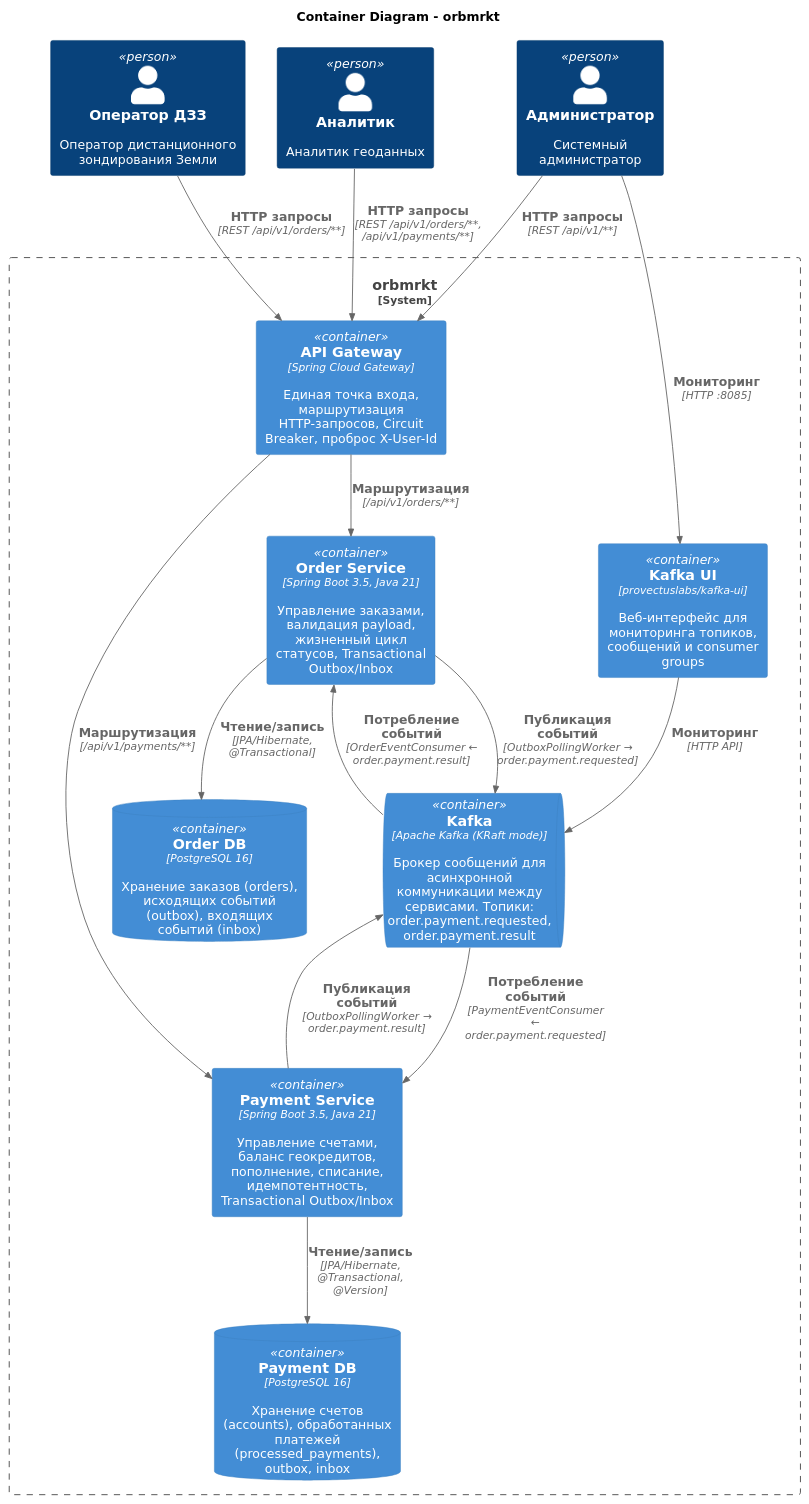
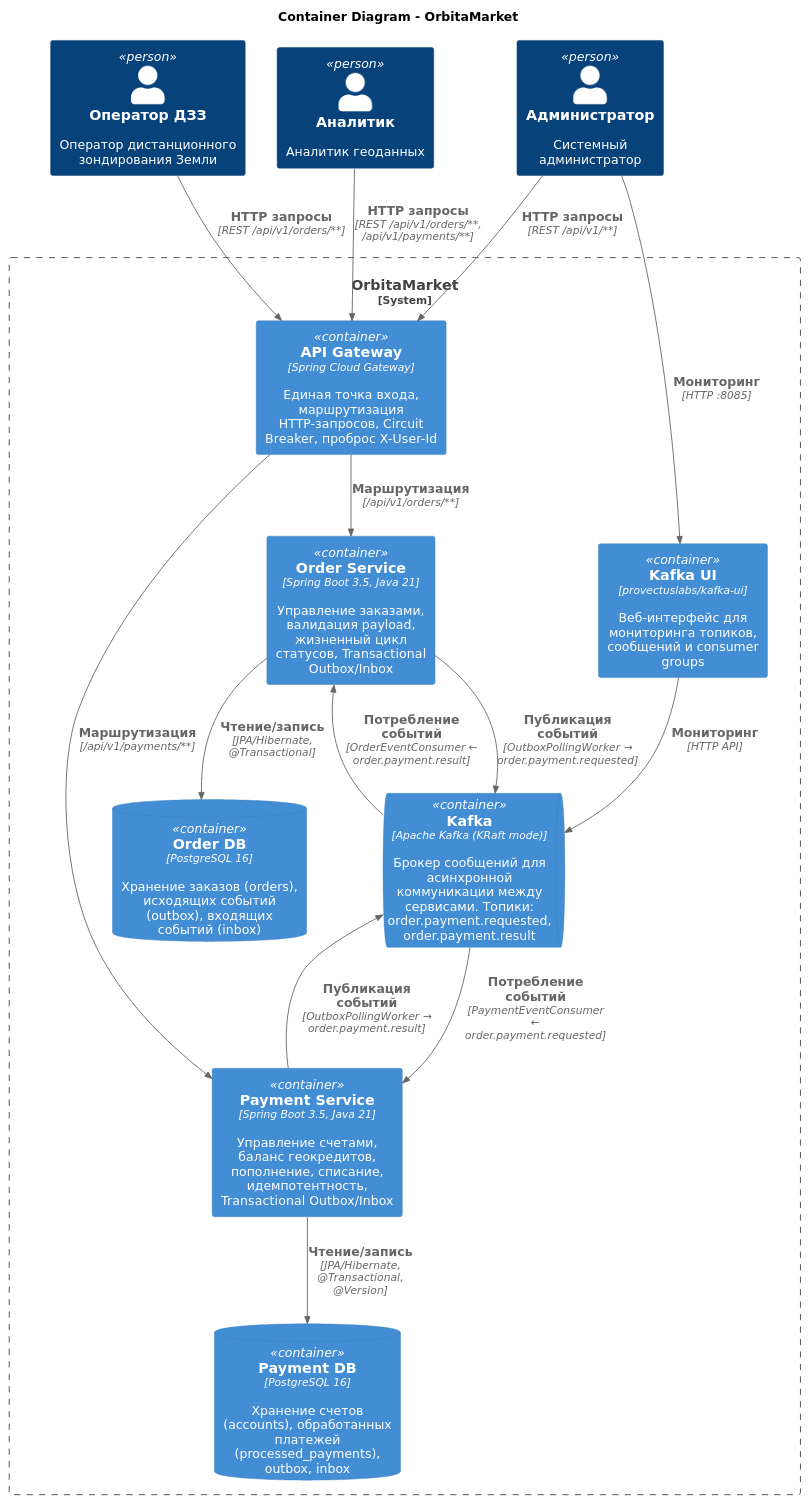
Before and after one commit to RasmuS2024/orbmrkt: the diagram in docs/diagrams/c2-container.puml, drawn with PlantUML. The commit also changed 34 other files, not shown here.

```diff
--- a/docs/diagrams/c2-container.puml
+++ b/docs/diagrams/c2-container.puml
@@ -1,48 +1,48 @@
 @startuml C2-Containers
 !include C4_Container.puml
 
 skinparam defaultFontName "DejaVu Sans"
 skinparam defaultFontSize 14
 
-title Container Diagram - orbmrkt
+title Container Diagram - OrbitaMarket
 
 Person(operator, "Оператор ДЗЗ", "Оператор дистанционного зондирования Земли")
 Person(analyst, "Аналитик", "Аналитик геоданных")
 Person(admin, "Администратор", "Системный администратор")
 
-System_Boundary(orbmrkt, "orbmrkt") {
+System_Boundary(orbmrkt, "OrbitaMarket") {
     Container(gateway, "API Gateway", "Spring Cloud Gateway", "Единая точка входа, маршрутизация HTTP-запросов, Circuit Breaker, проброс X-User-Id")
     
     Container(order_service, "Order Service", "Spring Boot 3.5, Java 21", "Управление заказами, валидация payload, жизненный цикл статусов, Transactional Outbox/Inbox")
     
     Container(payment_service, "Payment Service", "Spring Boot 3.5, Java 21", "Управление счетами, баланс геокредитов, пополнение, списание, идемпотентность, Transactional Outbox/Inbox")
     
     ContainerDb(order_db, "Order DB", "PostgreSQL 16", "Хранение заказов (orders), исходящих событий (outbox), входящих событий (inbox)")
     
     ContainerDb(payment_db, "Payment DB", "PostgreSQL 16", "Хранение счетов (accounts), обработанных платежей (processed_payments), outbox, inbox")
     
     ContainerQueue(kafka, "Kafka", "Apache Kafka (KRaft mode)", "Брокер сообщений для асинхронной коммуникации между сервисами. Топики: order.payment.requested, order.payment.result")
     
     Container(kafka_ui, "Kafka UI", "provectuslabs/kafka-ui", "Веб-интерфейс для мониторинга топиков, сообщений и consumer groups")
 }
 
 Rel(operator, gateway, "HTTP запросы", "REST /api/v1/orders/**")
 Rel(analyst, gateway, "HTTP запросы", "REST /api/v1/orders/**, /api/v1/payments/**")
 Rel(admin, gateway, "HTTP запросы", "REST /api/v1/**")
 Rel(admin, kafka_ui, "Мониторинг", "HTTP :8085")
 
 Rel(gateway, order_service, "Маршрутизация", "/api/v1/orders/**")
 Rel(gateway, payment_service, "Маршрутизация", "/api/v1/payments/**")
 
 Rel(order_service, order_db, "Чтение/запись", "JPA/Hibernate, @Transactional")
 Rel(payment_service, payment_db, "Чтение/запись", "JPA/Hibernate, @Transactional, @Version")
 
 Rel(order_service, kafka, "Публикация событий", "OutboxPollingWorker → order.payment.requested")
 Rel(kafka, payment_service, "Потребление событий", "PaymentEventConsumer ← order.payment.requested")
 
 Rel(payment_service, kafka, "Публикация событий", "OutboxPollingWorker → order.payment.result")
 Rel(kafka, order_service, "Потребление событий", "OrderEventConsumer ← order.payment.result")
 
 Rel(kafka_ui, kafka, "Мониторинг", "HTTP API")
 
 @enduml
```
